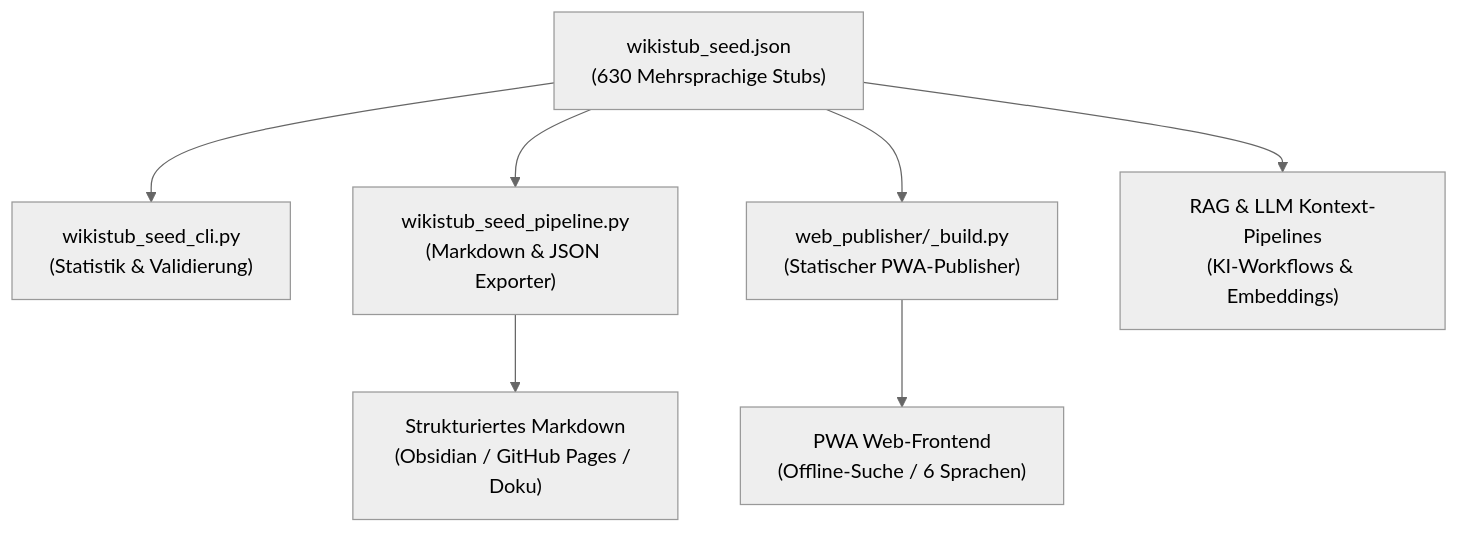
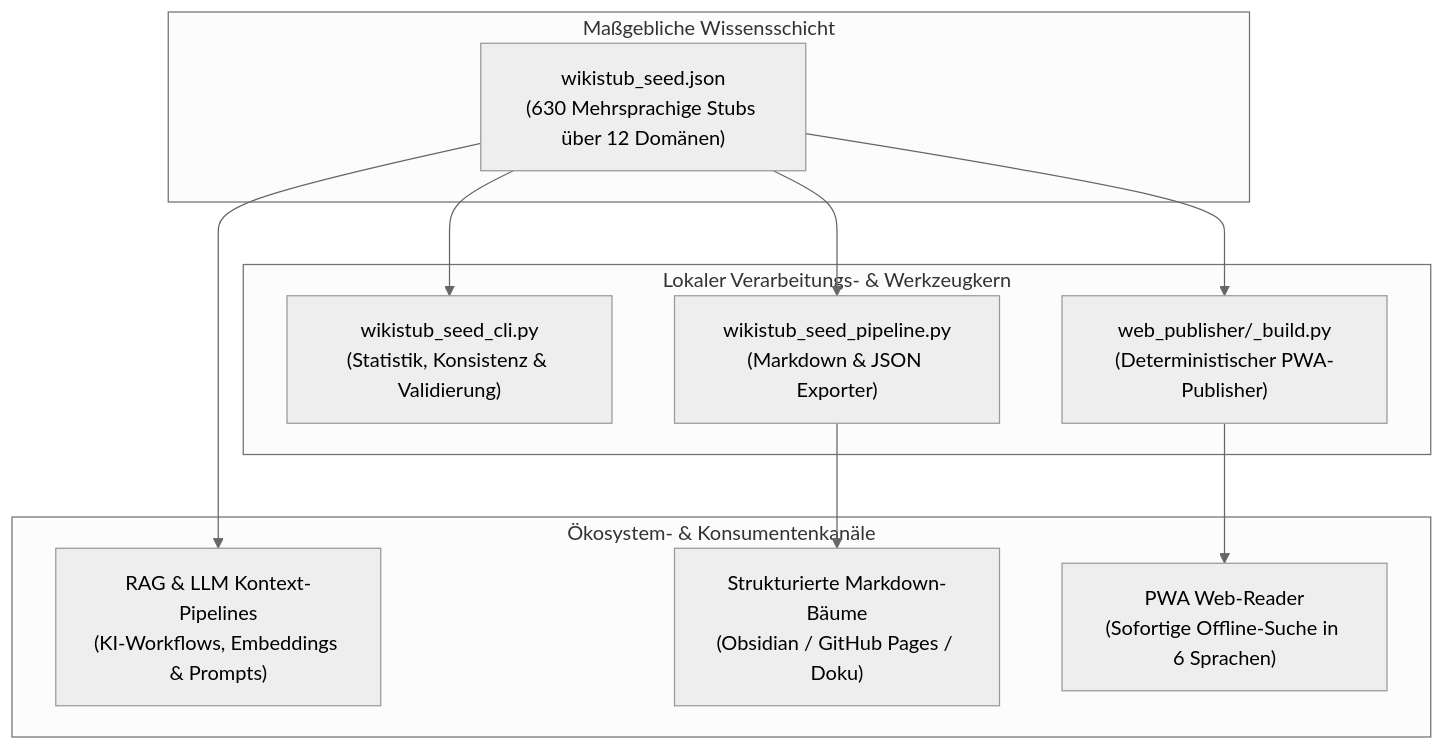
One commit to dev-bricks/WikiStub-Seed changed the first of 2 diagrams in README_de.md. Above: the diagram before and after it, drawn with Mermaid (neutral theme). The commit also changed other lines of this file and 8 other files, not shown here.

````diff
--- a/README_de.md
+++ b/README_de.md
@@ -86,9 +92,22 @@
 ```mermaid
 flowchart TD
-    A["wikistub_seed.json<br/>(630 Mehrsprachige Stubs)"] --> B["wikistub_seed_cli.py<br/>(Statistik & Validierung)"]
-    A --> C["wikistub_seed_pipeline.py<br/>(Markdown & JSON Exporter)"]
-    A --> D["web_publisher/_build.py<br/>(Statischer PWA-Publisher)"]
-    A --> E["RAG & LLM Kontext-Pipelines<br/>(KI-Workflows & Embeddings)"]
-    C --> F["Strukturiertes Markdown<br/>(Obsidian / GitHub Pages / Doku)"]
-    D --> G["PWA Web-Frontend<br/>(Offline-Suche / 6 Sprachen)"]
+    subgraph Data_Layer["Maßgebliche Wissensschicht"]
+        A["wikistub_seed.json<br/>(630 Mehrsprachige Stubs über 12 Domänen)"]
+    end
+    subgraph Processing_Core["Lokaler Verarbeitungs- & Werkzeugkern"]
+        B["wikistub_seed_cli.py<br/>(Statistik, Konsistenz & Validierung)"]
+        C["wikistub_seed_pipeline.py<br/>(Markdown & JSON Exporter)"]
+        D["web_publisher/_build.py<br/>(Deterministischer PWA-Publisher)"]
+    end
+    subgraph Integration_Layer["Ökosystem- & Konsumentenkanäle"]
+        E["RAG & LLM Kontext-Pipelines<br/>(KI-Workflows, Embeddings & Prompts)"]
+        F["Strukturierte Markdown-Bäume<br/>(Obsidian / GitHub Pages / Doku)"]
+        G["PWA Web-Reader<br/>(Sofortige Offline-Suche in 6 Sprachen)"]
+    end
+    A --> B
+    A --> C
+    A --> D
+    A --> E
+    C --> F
+    D --> G
 ```
````
